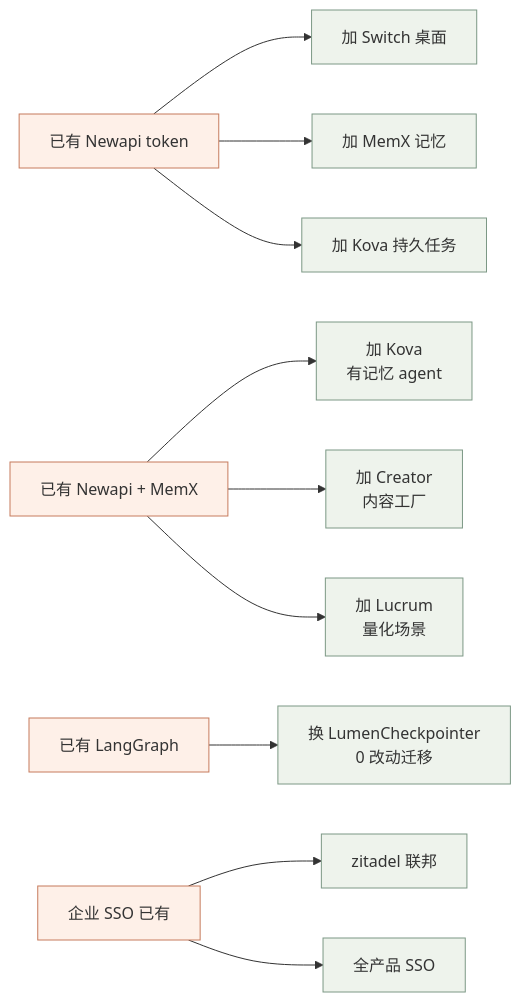
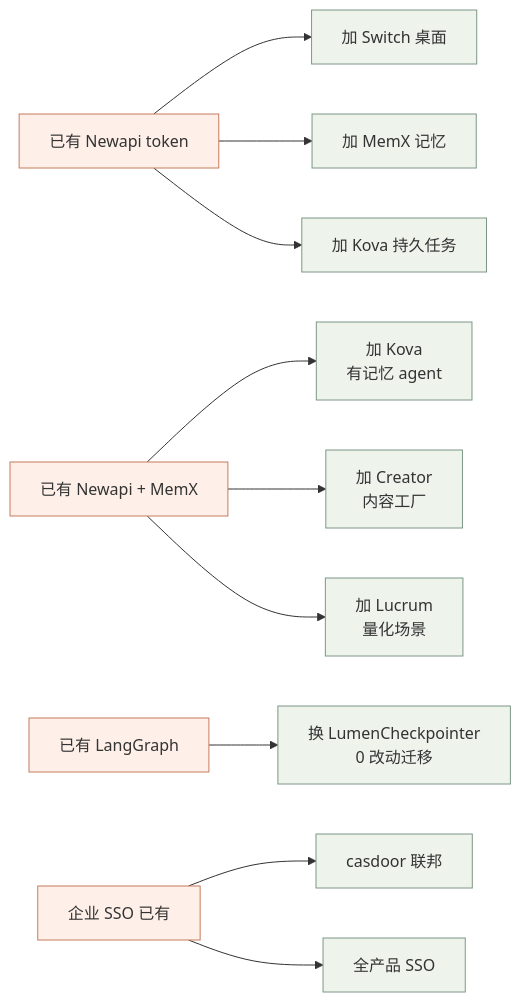
Before and after one commit to hanmahong5-arch/lurus-docs: the second of 3 diagrams in internal/cross/decision-router.md, drawn with Mermaid. The commit also changed other lines of this file and 30 other files, not shown here.

Commit message:
docs(internal): IdP 术语同步 Zitadel → Casdoor(vendor-neutral OIDC 迁移文档面)

````diff
--- a/internal/cross/decision-router.md
+++ b/internal/cross/decision-router.md
@@ -85,20 +85,20 @@
 ```mermaid
 graph LR
   Start1[已有 Newapi token] --> Add1a[加 Switch 桌面]
   Start1 --> Add1b[加 MemX 记忆]
   Start1 --> Add1c[加 Kova 持久任务]
 
   Start2[已有 Newapi + MemX] --> Add2a[加 Kova<br/>有记忆 agent]
   Start2 --> Add2b[加 Creator<br/>内容工厂]
   Start2 --> Add2c[加 Lucrum<br/>量化场景]
 
   Start3[已有 LangGraph] --> Add3[换 LumenCheckpointer<br/>0 改动迁移]
 
-  Start4[企业 SSO 已有] --> Add4a[zitadel 联邦]
+  Start4[企业 SSO 已有] --> Add4a[casdoor 联邦]
   Start4 --> Add4b[全产品 SSO]
 
   classDef start fill:#fef0e8,stroke:#C67B5C
   classDef add fill:#eef3ec,stroke:#7C9885
   class Start1,Start2,Start3,Start4 start
   class Add1a,Add1b,Add1c,Add2a,Add2b,Add2c,Add3,Add4a,Add4b add
 ```
````
